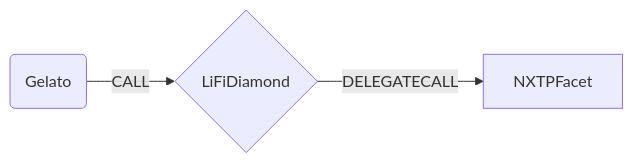
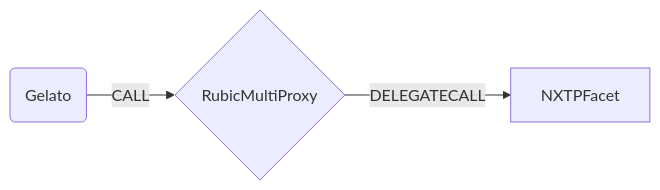
The second of 2 diagrams in docs/NXTPFacet.md (Cryptorubic/multi-proxy-rubic), drawn with Mermaid before and after one commit. The commit also changed other lines of this file and 82 other files, not shown here.

````diff
--- a/docs/NXTPFacet.md
+++ b/docs/NXTPFacet.md
@@ -15,5 +15,5 @@
 ```mermaid
 graph LR;
-    G(Gelato) -- CALL --> D{LiFiDiamond}
+    G(Gelato) -- CALL --> D{RubicMultiProxy}
     D -- DELEGATECALL --> NXTPFacet;
 ```
````
